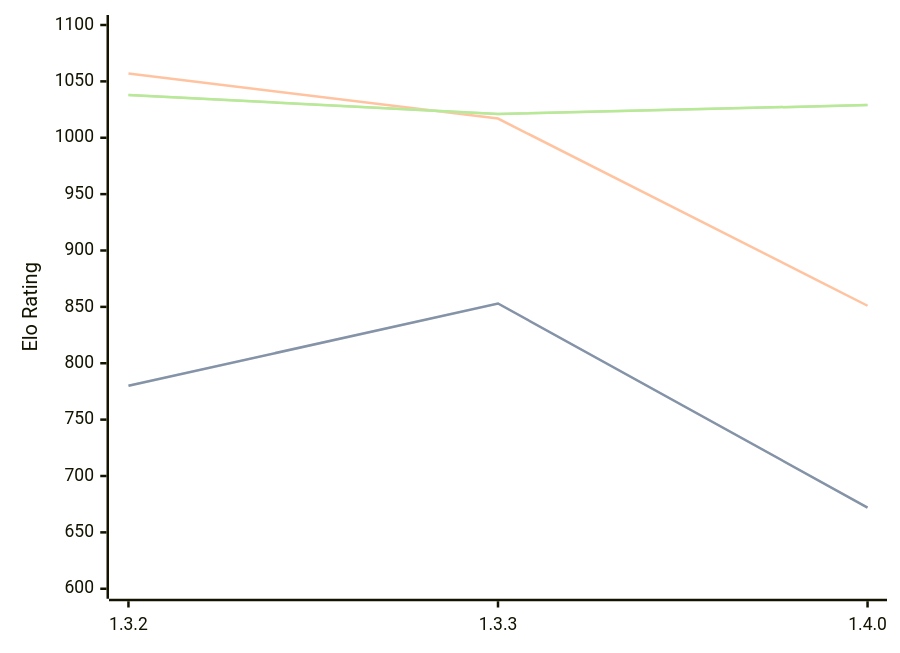
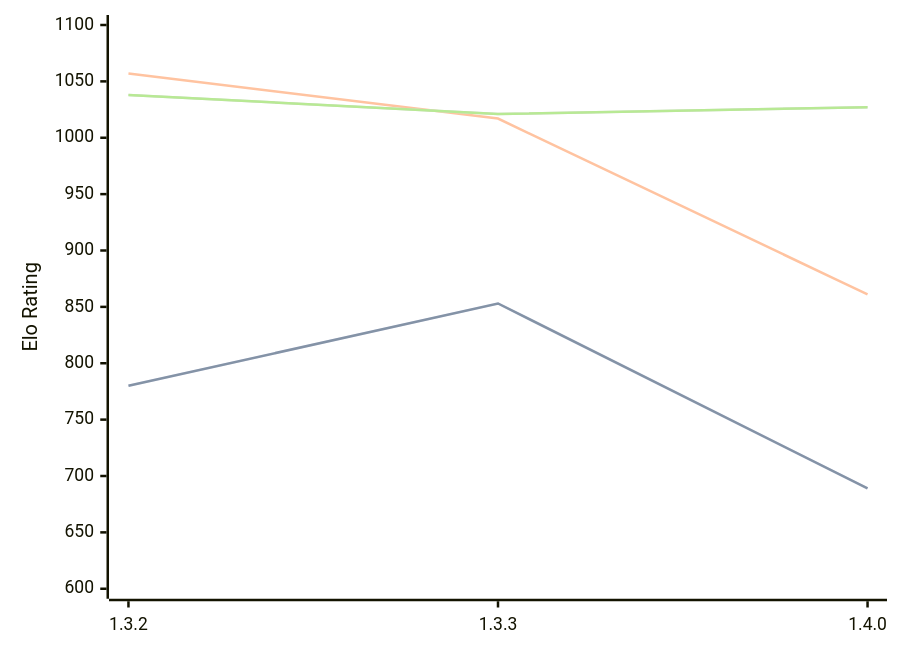
Before and after one commit to computer-chess-index/cci: the diagram in engines/Whitespine.md, drawn with Mermaid. The commit also changed other lines of this file, not shown here.

Commit message:
Update CCI Ratings (ELO VLTC) - 2026-05-22

````diff
--- a/engines/Whitespine.md
+++ b/engines/Whitespine.md
@@ -36,11 +36,11 @@
 ```mermaid
 %%{init: {"theme":"base","themeVariables":{"seriesColors:['#a3a3a3','#222221','#faa371']}}}%%
 xychart-beta
   x-axis ["1.3.2", "1.3.3", "1.4.0"]
   y-axis "Elo Rating" 600 --> 1100
-  line "STC (8.0+0.08s)" [780, 853, 672]
-  line "STC (8.0+0.08s)" [780, 853, 672]
-  line "LTC (60.0+0.60s)" [1057, 1017, 851]
-  line "VLTC (2m24s+1.12s)" [1038, 1021, 1029]
-  line "VLTC (2m24s+1.12s)" [1038, 1021, 1029]
+  line "STC (8.0+0.08s)" [780, 853, 689]
+  line "STC (8.0+0.08s)" [780, 853, 689]
+  line "LTC (60.0+0.60s)" [1057, 1017, 861]
+  line "VLTC (2m24s+1.12s)" [1038, 1021, 1027]
+  line "VLTC (2m24s+1.12s)" [1038, 1021, 1027]
 ```
````
